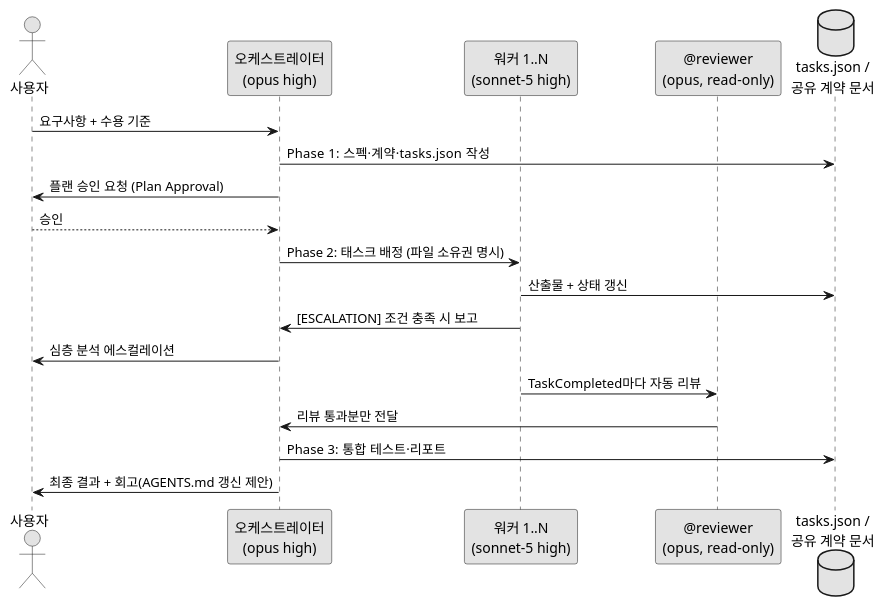
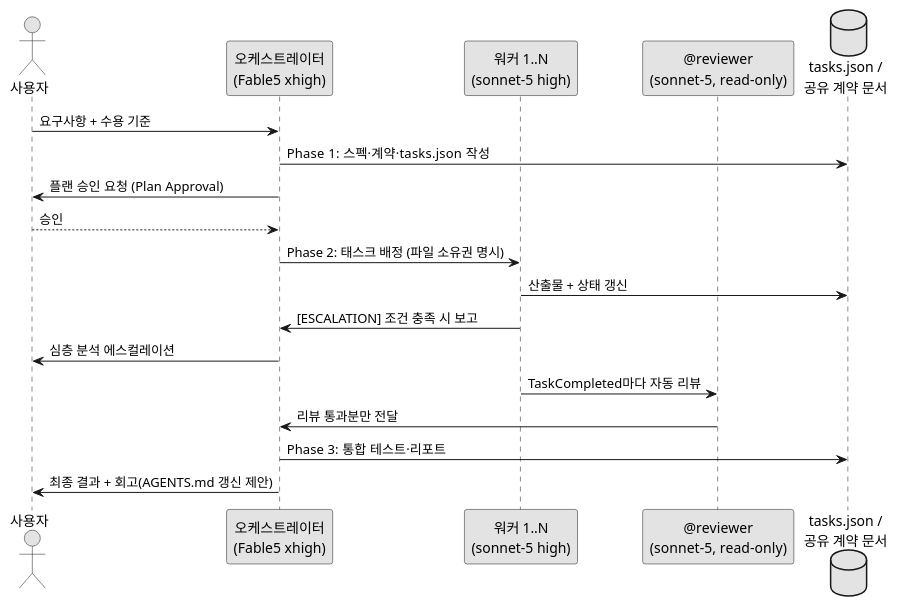
Before and after one commit to claude-code-expert/carve-harness: the diagram in docs/md/orchestration.md, drawn with PlantUML. The commit also changed other lines of this file and 22 other files, not shown here.

````diff
--- a/docs/md/orchestration.md
+++ b/docs/md/orchestration.md
@@ -118,26 +120,26 @@
 ```plantuml
 @startuml
 skinparam monochrome true
 skinparam shadowing false
 skinparam defaultFontName "Noto Sans CJK KR"
 
 actor 사용자 as User
-participant "오케스트레이터\n(opus high)" as Orch
+participant "오케스트레이터\n(Fable5 xhigh)" as Orch
 participant "워커 1..N\n(sonnet-5 high)" as Workers
-participant "@reviewer\n(opus, read-only)" as Rev
+participant "@reviewer\n(sonnet-5, read-only)" as Rev
 database "tasks.json /\n공유 계약 문서" as Files
 
 User -> Orch : 요구사항 + 수용 기준
 Orch -> Files : Phase 1: 스펙·계약·tasks.json 작성
 Orch -> User : 플랜 승인 요청 (Plan Approval)
 User --> Orch : 승인
 Orch -> Workers : Phase 2: 태스크 배정 (파일 소유권 명시)
 Workers -> Files : 산출물 + 상태 갱신
 Workers -> Orch : [ESCALATION] 조건 충족 시 보고
 Orch -> User : 심층 분석 에스컬레이션
 Workers -> Rev : TaskCompleted마다 자동 리뷰
 Rev -> Orch : 리뷰 통과분만 전달
 Orch -> Files : Phase 3: 통합 테스트·리포트
 Orch -> User : 최종 결과 + 회고(AGENTS.md 갱신 제안)
 @enduml
 ```
````
